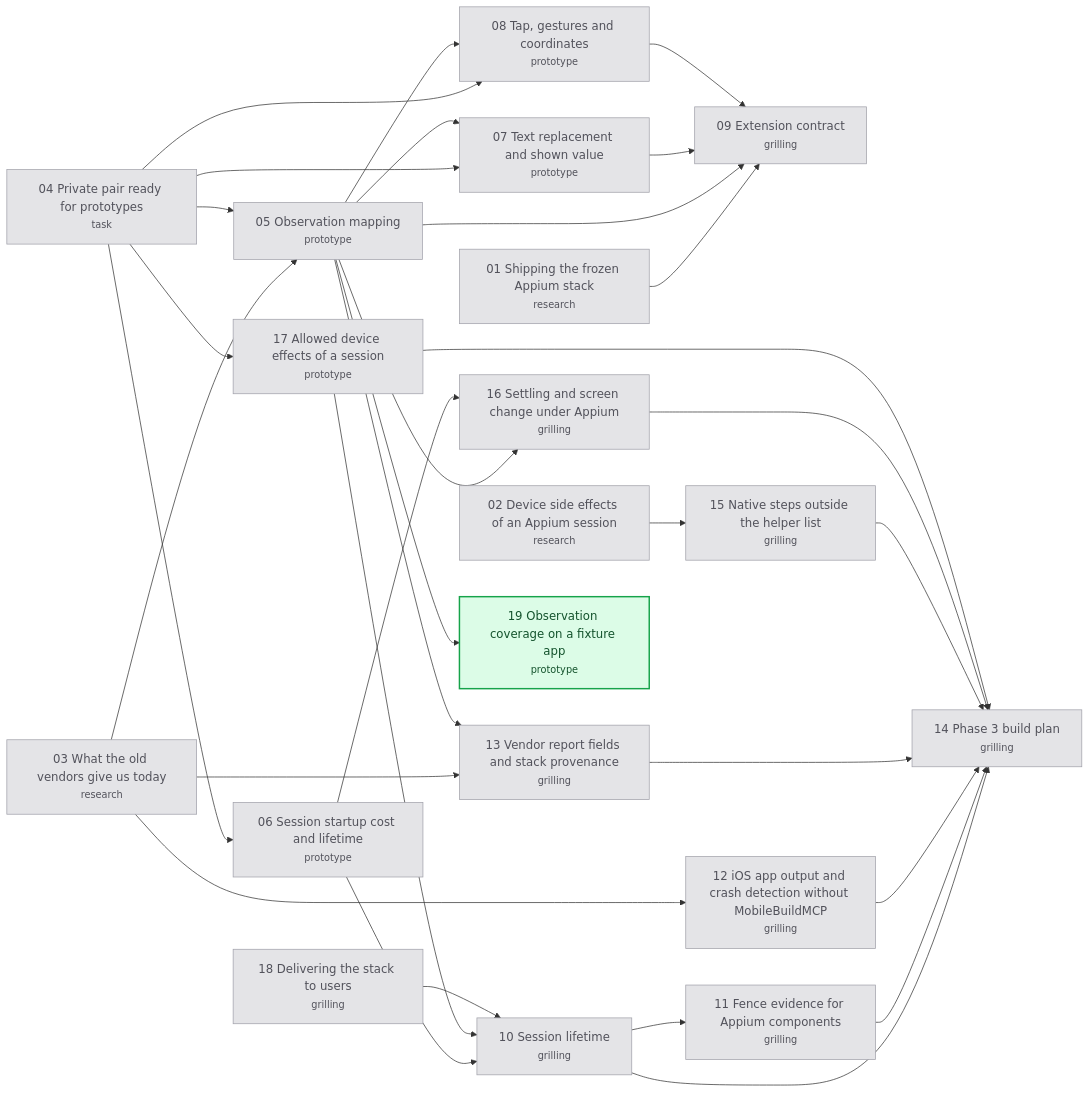
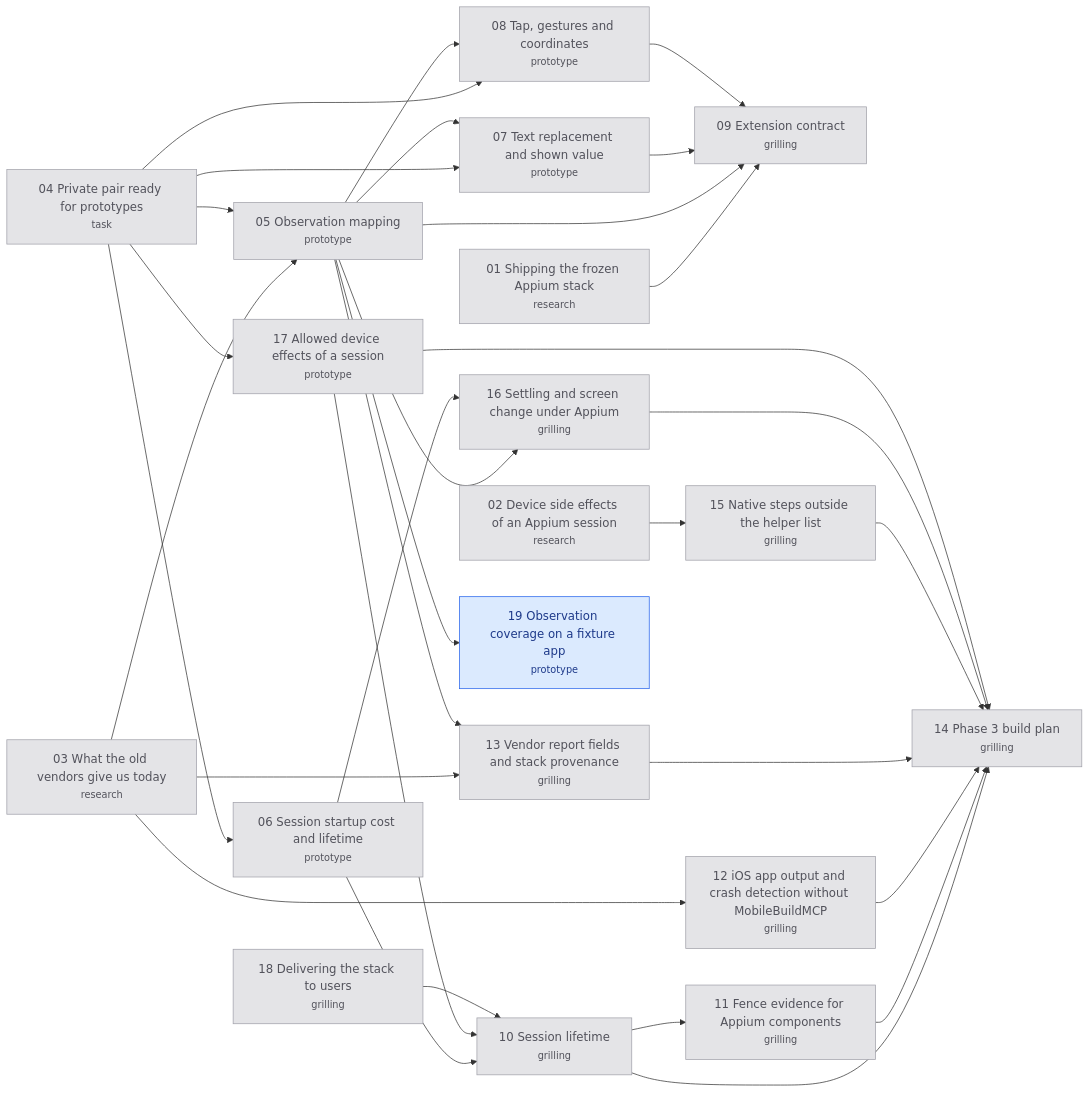
One commit to hugues-vnsgn/jev-ios-bridge changed the diagram in .scratch/appium-phase3/map.md. Above: the diagram before and after it, drawn with Mermaid. The commit also changed 1 other file, not shown here.

Commit message:
docs(appium-phase3): claim Observation coverage on a fixture app

````diff
--- a/.scratch/appium-phase3/map.md
+++ b/.scratch/appium-phase3/map.md
@@ -90,58 +90,58 @@
 ```mermaid
 flowchart LR
     T01["01 Shipping the frozen Appium stack<br/><small>research</small>"]
     T02["02 Device side effects of an Appium session<br/><small>research</small>"]
     T03["03 What the old vendors give us today<br/><small>research</small>"]
     T04["04 Private pair ready for prototypes<br/><small>task</small>"]
     T05["05 Observation mapping<br/><small>prototype</small>"]
     T06["06 Session startup cost and lifetime<br/><small>prototype</small>"]
     T07["07 Text replacement and shown value<br/><small>prototype</small>"]
     T08["08 Tap, gestures and coordinates<br/><small>prototype</small>"]
     T09["09 Extension contract<br/><small>grilling</small>"]
     T10["10 Session lifetime<br/><small>grilling</small>"]
     T11["11 Fence evidence for Appium components<br/><small>grilling</small>"]
     T12["12 iOS app output and crash detection without MobileBuildMCP<br/><small>grilling</small>"]
     T13["13 Vendor report fields and stack provenance<br/><small>grilling</small>"]
     T14["14 Phase 3 build plan<br/><small>grilling</small>"]
     T15["15 Native steps outside the helper list<br/><small>grilling</small>"]
     T16["16 Settling and screen change under Appium<br/><small>grilling</small>"]
     T17["17 Allowed device effects of a session<br/><small>prototype</small>"]
     T18["18 Delivering the stack to users<br/><small>grilling</small>"]
     T19["19 Observation coverage on a fixture app<br/><small>prototype</small>"]
     T03 --> T05
     T04 --> T05
     T04 --> T06
     T04 --> T07
     T05 --> T07
     T04 --> T08
     T05 --> T08
     T01 --> T09
     T05 --> T09
     T07 --> T09
     T08 --> T09
     T06 --> T10
     T17 --> T10
     T18 --> T10
     T10 --> T11
     T03 --> T12
     T03 --> T13
     T05 --> T13
     T10 --> T14
     T11 --> T14
     T12 --> T14
     T13 --> T14
     T15 --> T14
     T16 --> T14
     T17 --> T14
     T02 --> T15
     T05 --> T16
     T06 --> T16
     T04 --> T17
     T05 --> T19
     classDef resolved fill:#e4e4e7,stroke:#a1a1aa,color:#52525b
     classDef claimed fill:#dbeafe,stroke:#2563eb,color:#1e3a8a
     classDef frontier fill:#dcfce7,stroke:#16a34a,color:#14532d,stroke-width:2px
     classDef blocked fill:#ffffff,stroke:#a1a1aa,color:#18181b
     class T01,T02,T03,T04,T05,T06,T07,T08,T09,T10,T11,T12,T13,T14,T15,T16,T17,T18 resolved
-    class T19 frontier
+    class T19 claimed
 ```
````
